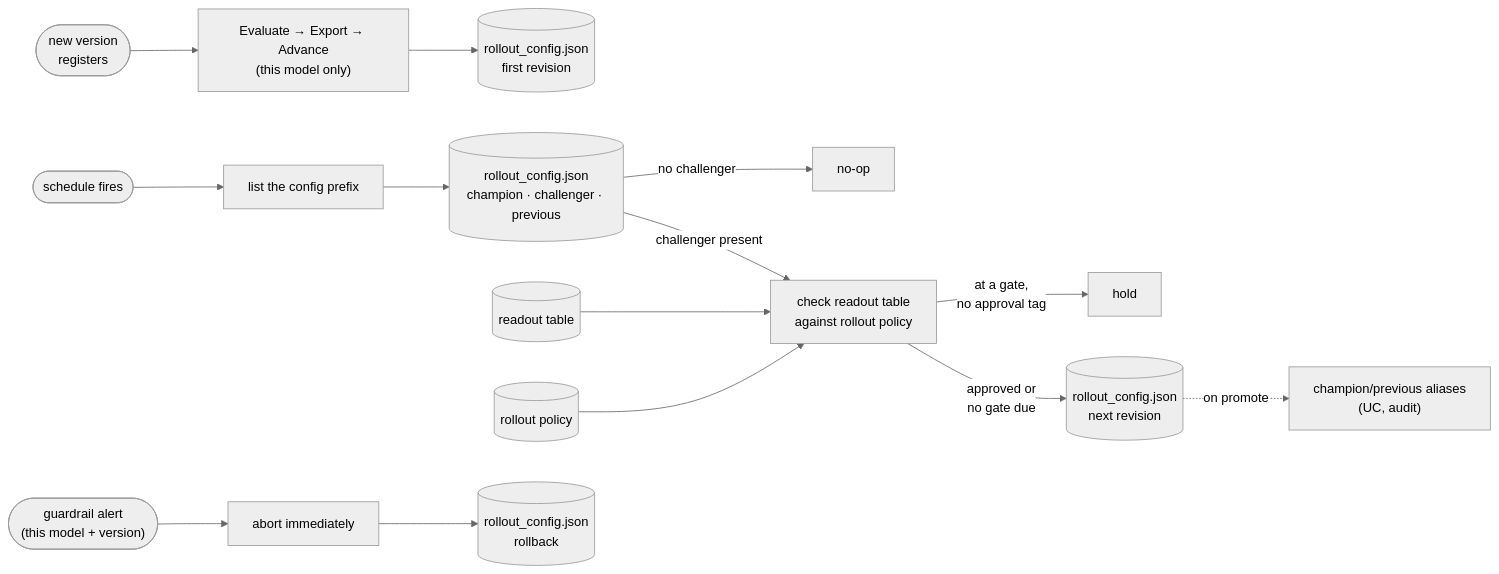
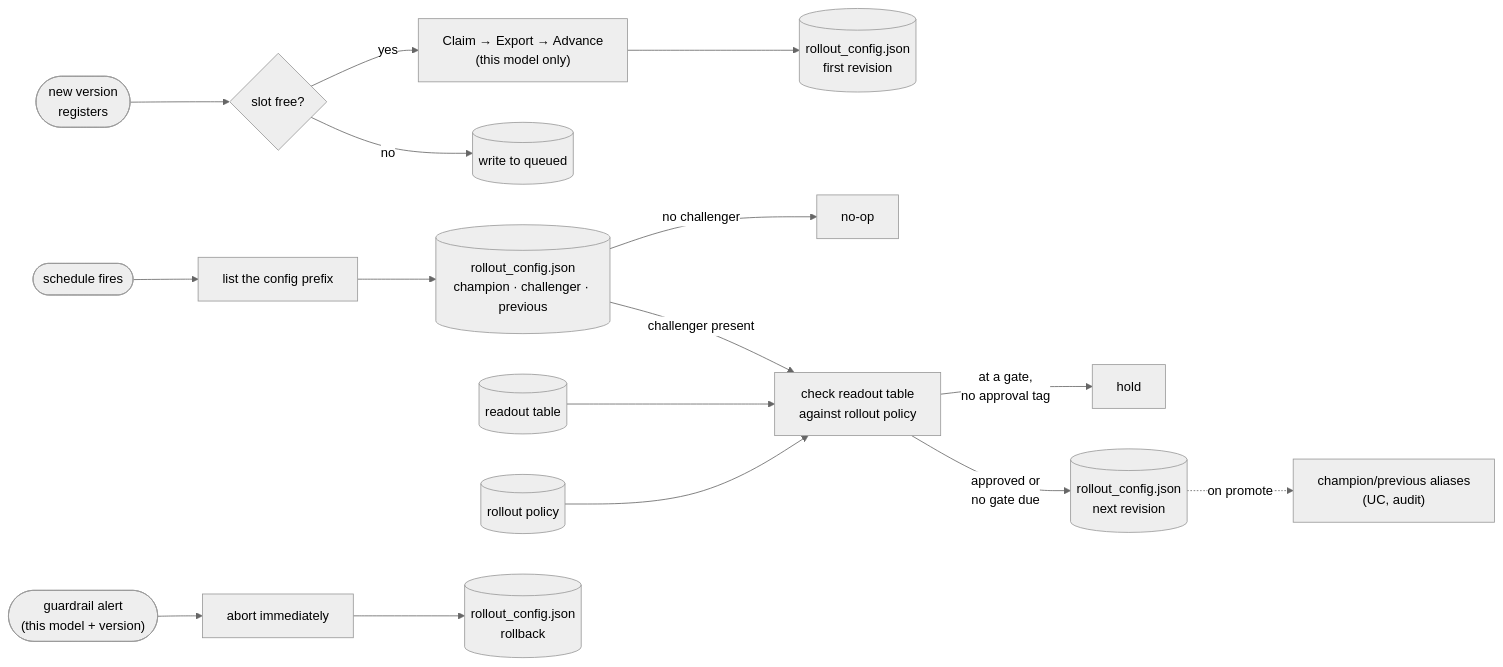
Before and after one commit to cunha-sigma/ml_offline: the first of 2 diagrams in design_docs/07_deployment_job.md, drawn with Mermaid (neutral theme). The commit also changed other lines of this file and 5 other files, not shown here.

````diff
--- a/design_docs/07_deployment_job.md
+++ b/design_docs/07_deployment_job.md
@@ -172,18 +174,20 @@
 ```mermaid
 flowchart LR
-  REG(["new version<br/>registers"]) --> EEA["Evaluate → Export → Advance<br/>(this model only)"]
+  REG(["new version<br/>registers"]) --> SLOTCHECK{"slot free?"}
+  SLOTCHECK -- "yes" --> EEA["Claim → Export → Advance<br/>(this model only)"]
+  SLOTCHECK -- "no" --> ENQUEUE[("write to queued")]
   EEA --> CFGW1[("rollout_config.json<br/>first revision")]
 
   SCHED(["schedule fires"]) --> LIST["list the config prefix"]
   LIST --> CFG[("rollout_config.json<br/>champion · challenger · previous")]
   CFG -- "no challenger" --> NOOP["no-op"]
   CFG -- "challenger present" --> DECIDE["check readout table<br/>against rollout policy"]
   RT[("readout table")] --> DECIDE
   POL[("rollout policy")] --> DECIDE
   DECIDE -- "at a gate,<br/>no approval tag" --> HOLD["hold"]
   DECIDE -- "approved or<br/>no gate due" --> CFGW2[("rollout_config.json<br/>next revision")]
   CFGW2 -. "on promote" .-> ALIAS["champion/previous aliases<br/>(UC, audit)"]
 
   ALERT(["guardrail alert<br/>(this model + version)"]) --> ABORT["abort immediately"]
   ABORT --> CFGW3[("rollout_config.json<br/>rollback")]
 ```
````
